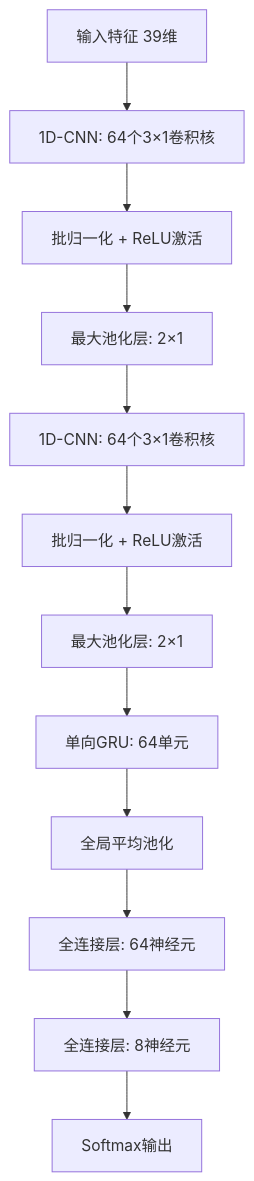
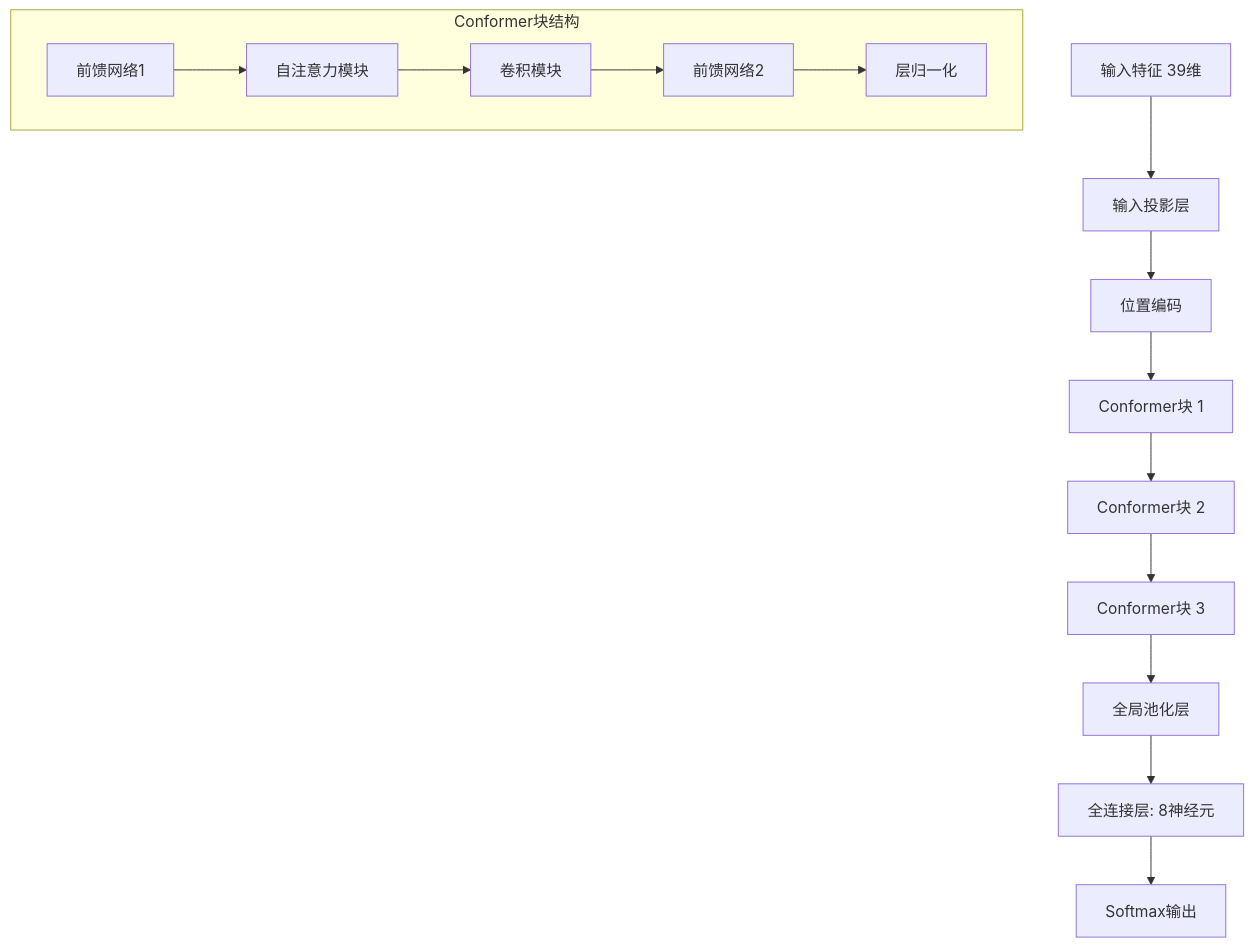
One commit to sting1000/EdgeVoice changed the second of 4 diagrams in docs/EdgeVoice_技术方案详细说明.md. Above: the diagram before and after it, drawn with Mermaid. The commit also changed other lines of this file and 4 other files, not shown here.

````diff
--- a/docs/EdgeVoice_技术方案详细说明.md
+++ b/docs/EdgeVoice_技术方案详细说明.md
@@ -81,14 +81,18 @@
 ```mermaid
 flowchart TB
-    A[输入特征 39维] --> B[1D-CNN: 64个3×1卷积核]
-    B --> C[批归一化 + ReLU激活]
-    C --> D[最大池化层: 2×1]
-    D --> E[1D-CNN: 64个3×1卷积核]
-    E --> F[批归一化 + ReLU激活]
-    F --> G[最大池化层: 2×1]
-    G --> H[单向GRU: 64单元]
-    H --> I[全局平均池化]
-    I --> J[全连接层: 64神经元]
-    J --> K[全连接层: 8神经元]
-    K --> L[Softmax输出]
+    A[输入特征 39维] --> B[输入投影层]
+    B --> C[位置编码]
+    C --> D[Conformer块 1]
+    D --> E[Conformer块 2]
+    E --> F[Conformer块 3]
+    F --> G[全局池化层]
+    G --> H[全连接层: 8神经元]
+    H --> I[Softmax输出]
+    
+    subgraph "Conformer块结构"
+    J[前馈网络1] --> K[自注意力模块]
+    K --> L[卷积模块]
+    L --> M[前馈网络2]
+    M --> N[层归一化]
+    end
 ```
````
